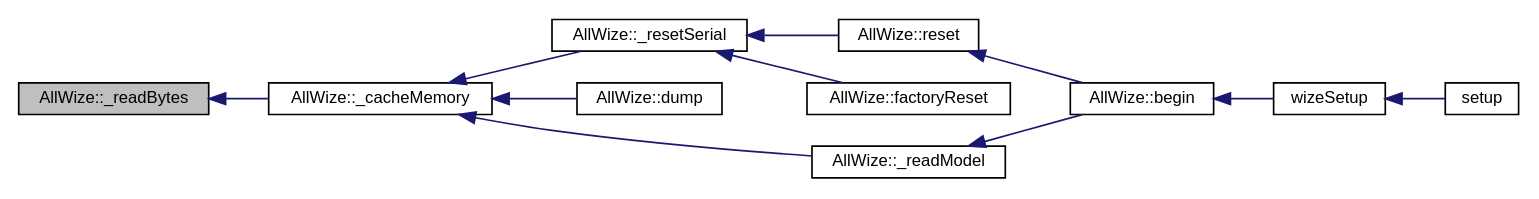
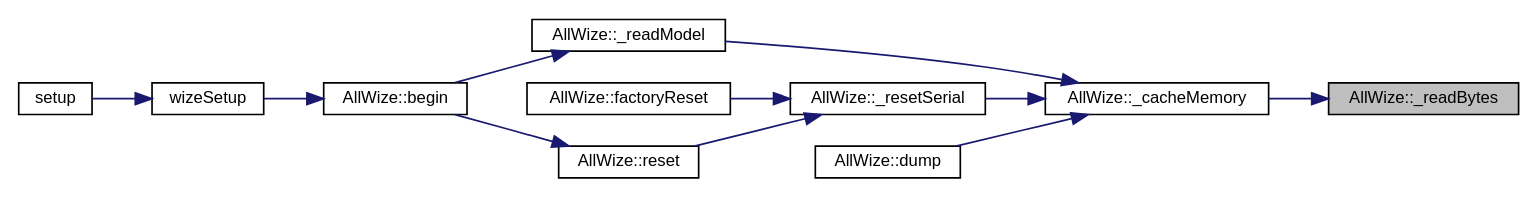
The diagram in docs/classAllWize_abe54eebd9c81044246d6657c0686f859_icgraph.dot (AllWize/allwize), drawn with Graphviz before and after one commit. The commit also changed 1467 other files, not shown here.

```diff
--- a/docs/classAllWize_abe54eebd9c81044246d6657c0686f859_icgraph.dot
+++ b/docs/classAllWize_abe54eebd9c81044246d6657c0686f859_icgraph.dot
@@ -1,26 +1,27 @@
 digraph "AllWize::_readBytes"
 {
+ // LATEX_PDF_SIZE
   edge [fontname="Helvetica",fontsize="10",labelfontname="Helvetica",labelfontsize="10"];
   node [fontname="Helvetica",fontsize="10",shape=record];
-  rankdir="LR";
-  Node248 [label="AllWize::_readBytes",height=0.2,width=0.4,color="black", fillcolor="grey75", style="filled", fontcolor="black"];
-  Node248 -> Node249 [dir="back",color="midnightblue",fontsize="10",style="solid",fontname="Helvetica"];
-  Node249 [label="AllWize::_cacheMemory",height=0.2,width=0.4,color="black", fillcolor="white", style="filled",URL="$classAllWize.html#a66d3d78edddcc8dfde0cfb1b6deec56e",tooltip="Reads and caches the module memory. "];
-  Node249 -> Node250 [dir="back",color="midnightblue",fontsize="10",style="solid",fontname="Helvetica"];
-  Node250 [label="AllWize::_resetSerial",height=0.2,width=0.4,color="black", fillcolor="white", style="filled",URL="$classAllWize.html#a49c6e7f221248b0f3a20247346da21f8",tooltip="Resets the serial object. "];
-  Node250 -> Node251 [dir="back",color="midnightblue",fontsize="10",style="solid",fontname="Helvetica"];
-  Node251 [label="AllWize::reset",height=0.2,width=0.4,color="black", fillcolor="white", style="filled",URL="$classAllWize.html#a8ea0b58caedcde0af56ffc5547cb84a3",tooltip="Resets the radio module. "];
-  Node251 -> Node252 [dir="back",color="midnightblue",fontsize="10",style="solid",fontname="Helvetica"];
-  Node252 [label="AllWize::begin",height=0.2,width=0.4,color="black", fillcolor="white", style="filled",URL="$classAllWize.html#a221a7145fd37d4c5fccb786a74d9ceaa",tooltip="Inits the module communications. "];
-  Node252 -> Node253 [dir="back",color="midnightblue",fontsize="10",style="solid",fontname="Helvetica"];
-  Node253 [label="wizeSetup",height=0.2,width=0.4,color="black", fillcolor="white", style="filled",URL="$wize_8h.html#a6bd811aed13d28451110ad176dabf3c4"];
-  Node253 -> Node254 [dir="back",color="midnightblue",fontsize="10",style="solid",fontname="Helvetica"];
-  Node254 [label="setup",height=0.2,width=0.4,color="black", fillcolor="white", style="filled",URL="$main_8cpp.html#a4fc01d736fe50cf5b977f755b675f11d"];
-  Node250 -> Node255 [dir="back",color="midnightblue",fontsize="10",style="solid",fontname="Helvetica"];
-  Node255 [label="AllWize::factoryReset",height=0.2,width=0.4,color="black", fillcolor="white", style="filled",URL="$classAllWize.html#a33273da3cd44bc21a930c6f572b902ba",tooltip="Resets the module to factory settings. "];
-  Node249 -> Node256 [dir="back",color="midnightblue",fontsize="10",style="solid",fontname="Helvetica"];
-  Node256 [label="AllWize::dump",height=0.2,width=0.4,color="black", fillcolor="white", style="filled",URL="$classAllWize.html#a97bd049b28f17fcb7fbad99f9d42c790",tooltip="Dumps the current memory configuration to the given stream. "];
-  Node249 -> Node257 [dir="back",color="midnightblue",fontsize="10",style="solid",fontname="Helvetica"];
-  Node257 [label="AllWize::_readModel",height=0.2,width=0.4,color="black", fillcolor="white", style="filled",URL="$classAllWize.html#ae8c87383e24fc244c5f90c204b813564",tooltip="Searches for the module model. "];
-  Node257 -> Node252 [dir="back",color="midnightblue",fontsize="10",style="solid",fontname="Helvetica"];
+  rankdir="RL";
+  Node1 [label="AllWize::_readBytes",height=0.2,width=0.4,color="black", fillcolor="grey75", style="filled", fontcolor="black",tooltip="Reads the stream buffer up to a number of bytes."];
+  Node1 -> Node2 [dir="back",color="midnightblue",fontsize="10",style="solid",fontname="Helvetica"];
+  Node2 [label="AllWize::_cacheMemory",height=0.2,width=0.4,color="black", fillcolor="white", style="filled",URL="$classAllWize.html#a66d3d78edddcc8dfde0cfb1b6deec56e",tooltip="Reads and caches the module memory."];
+  Node2 -> Node3 [dir="back",color="midnightblue",fontsize="10",style="solid",fontname="Helvetica"];
+  Node3 [label="AllWize::_readModel",height=0.2,width=0.4,color="black", fillcolor="white", style="filled",URL="$classAllWize.html#ae8c87383e24fc244c5f90c204b813564",tooltip="Searches for the module model."];
+  Node3 -> Node4 [dir="back",color="midnightblue",fontsize="10",style="solid",fontname="Helvetica"];
+  Node4 [label="AllWize::begin",height=0.2,width=0.4,color="black", fillcolor="white", style="filled",URL="$classAllWize.html#a221a7145fd37d4c5fccb786a74d9ceaa",tooltip="Inits the module communications."];
+  Node4 -> Node5 [dir="back",color="midnightblue",fontsize="10",style="solid",fontname="Helvetica"];
+  Node5 [label="wizeSetup",height=0.2,width=0.4,color="black", fillcolor="white", style="filled",URL="$wize_8h.html#a6bd811aed13d28451110ad176dabf3c4",tooltip=" "];
+  Node5 -> Node6 [dir="back",color="midnightblue",fontsize="10",style="solid",fontname="Helvetica"];
+  Node6 [label="setup",height=0.2,width=0.4,color="black", fillcolor="white", style="filled",URL="$main_8cpp.html#a4fc01d736fe50cf5b977f755b675f11d",tooltip=" "];
+  Node2 -> Node7 [dir="back",color="midnightblue",fontsize="10",style="solid",fontname="Helvetica"];
+  Node7 [label="AllWize::_resetSerial",height=0.2,width=0.4,color="black", fillcolor="white", style="filled",URL="$classAllWize.html#a49c6e7f221248b0f3a20247346da21f8",tooltip="Resets the serial object."];
+  Node7 -> Node8 [dir="back",color="midnightblue",fontsize="10",style="solid",fontname="Helvetica"];
+  Node8 [label="AllWize::factoryReset",height=0.2,width=0.4,color="black", fillcolor="white", style="filled",URL="$classAllWize.html#a33273da3cd44bc21a930c6f572b902ba",tooltip="Resets the module to factory settings."];
+  Node7 -> Node9 [dir="back",color="midnightblue",fontsize="10",style="solid",fontname="Helvetica"];
+  Node9 [label="AllWize::reset",height=0.2,width=0.4,color="black", fillcolor="white", style="filled",URL="$classAllWize.html#a8ea0b58caedcde0af56ffc5547cb84a3",tooltip="Resets the radio module."];
+  Node9 -> Node4 [dir="back",color="midnightblue",fontsize="10",style="solid",fontname="Helvetica"];
+  Node2 -> Node10 [dir="back",color="midnightblue",fontsize="10",style="solid",fontname="Helvetica"];
+  Node10 [label="AllWize::dump",height=0.2,width=0.4,color="black", fillcolor="white", style="filled",URL="$classAllWize.html#a97bd049b28f17fcb7fbad99f9d42c790",tooltip="Dumps the current memory configuration to the given stream."];
 }
```
